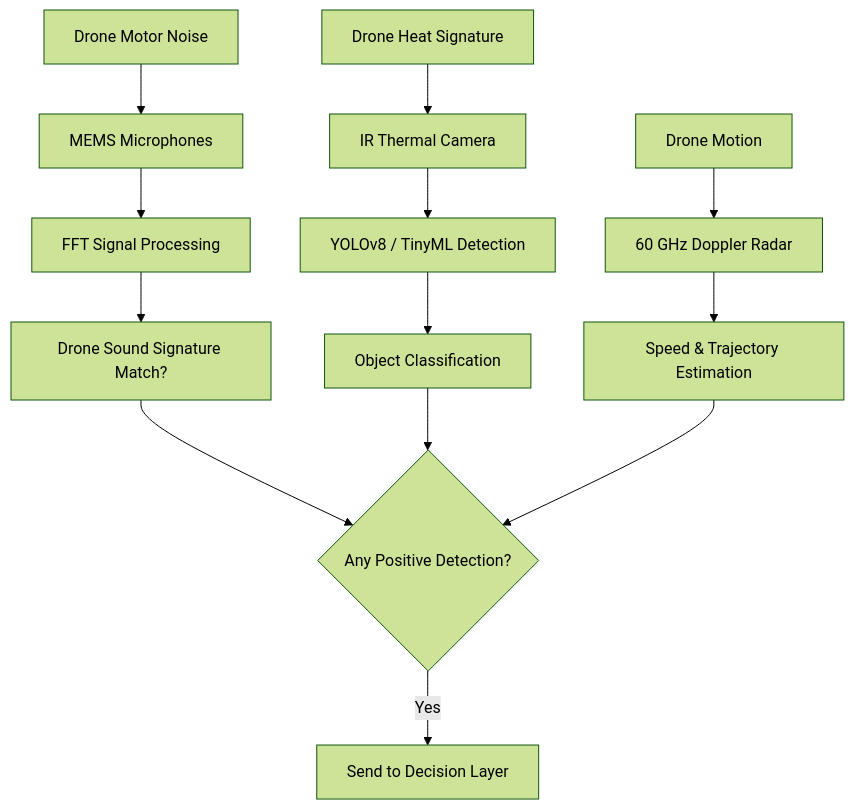
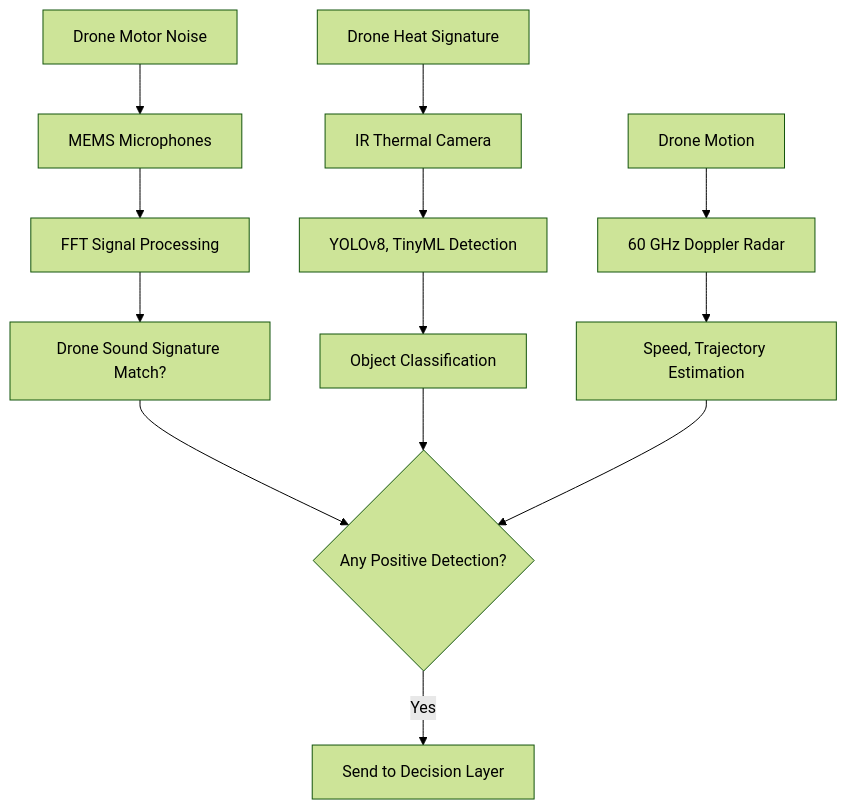
The second of 3 diagrams in README.md (tom-sapletta-com/NATO), drawn with Mermaid (forest theme) before and after one commit. The commit also changed other lines of this file, not shown here.

````diff
--- a/README.md
+++ b/README.md
@@ -185,19 +185,19 @@
 ```mermaid
 graph TD
     M[Drone Motor Noise] --> N[MEMS Microphones]
     N --> O[FFT Signal Processing]
     O --> P[Drone Sound Signature Match?]
     
     Q[Drone Heat Signature] --> R[IR Thermal Camera]
-    R --> S[YOLOv8 / TinyML Detection]
+    R --> S[YOLOv8, TinyML Detection]
     S --> T[Object Classification]
     
     U[Drone Motion] --> V[60 GHz Doppler Radar]
-    V --> W[Speed & Trajectory Estimation]
+    V --> W[Speed, Trajectory Estimation]
     
     P --> X{Any Positive Detection?}
     T --> X
     W --> X
     
     X -- Yes --> Y[Send to Decision Layer]
 ```
````
